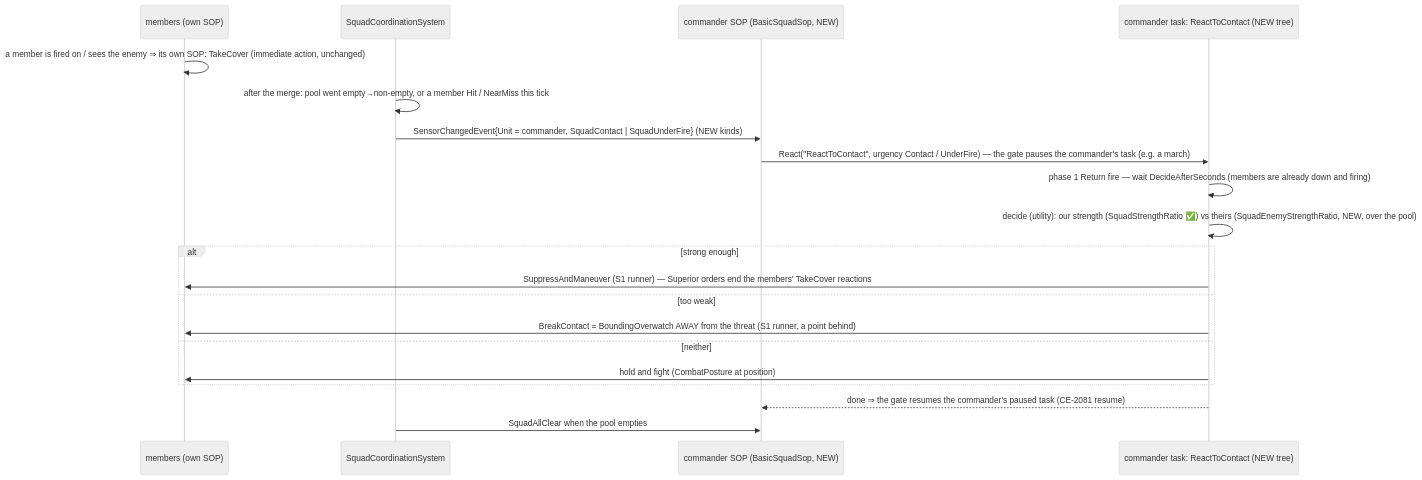
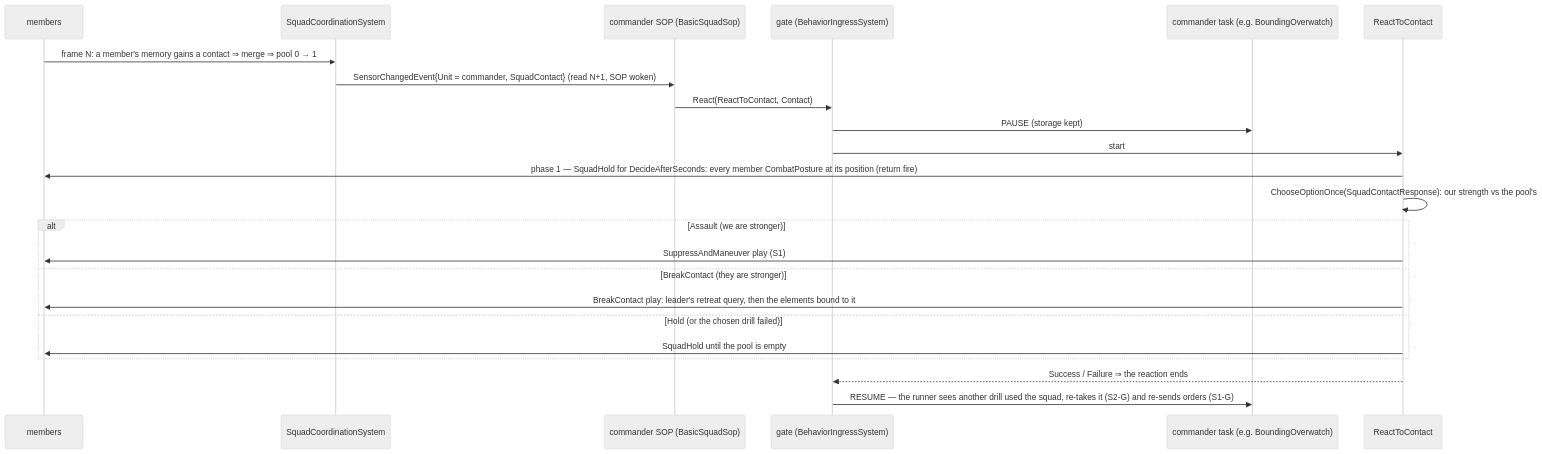
One commit to pjanec/HROT changed the seventh of 11 diagrams in docs/designs/group-maneuvers/DESIGN_Squad_Tactics.md. Above: the diagram before and after it, drawn with Mermaid (neutral theme). The commit also changed other lines of this file, not shown here.

First line of the commit message:
CE-2123 S2 design READY-TO-BUILD: measured claims, module/class/sequence UML, decisions S2-A..H, acceptance (incl. the shared-squad-state defect a resumed drill would hit)

````diff
--- a/docs/designs/group-maneuvers/DESIGN_Squad_Tactics.md
+++ b/docs/designs/group-maneuvers/DESIGN_Squad_Tactics.md
@@ -233,22 +327,25 @@
 ```mermaid
 sequenceDiagram
-  participant M as members (own SOP)
+  participant M as members
   participant SC as SquadCoordinationSystem
-  participant L as commander SOP (BasicSquadSop, NEW)
-  participant R as commander task: ReactToContact (NEW tree)
-  M->>M: a member is fired on / sees the enemy ⇒ its own SOP: TakeCover (immediate action, unchanged)
-  SC->>SC: after the merge: pool went empty→non-empty, or a member Hit / NearMiss this tick
-  SC->>L: SensorChangedEvent{Unit = commander, SquadContact | SquadUnderFire} (NEW kinds)
-  L->>R: React("ReactToContact", urgency Contact / UnderFire) — the gate pauses the commander's task (e.g. a march)
-  R->>R: phase 1 Return fire — wait DecideAfterSeconds (members are already down and firing)
-  R->>R: decide (utility): our strength (SquadStrengthRatio ✅) vs theirs (SquadEnemyStrengthRatio, NEW, over the pool)
-  alt strong enough
-    R->>M: SuppressAndManeuver (S1 runner) — Superior orders end the members' TakeCover reactions
-  else too weak
-    R->>M: BreakContact = BoundingOverwatch AWAY from the threat (S1 runner, a point behind)
-  else neither
-    R->>M: hold and fight (CombatPosture at position)
+  participant S as commander SOP (BasicSquadSop)
+  participant G as gate (BehaviorIngressSystem)
+  participant T as commander task (e.g. BoundingOverwatch)
+  participant R as ReactToContact
+  M->>SC: frame N: a member's memory gains a contact ⇒ merge ⇒ pool 0 → 1
+  SC->>S: SensorChangedEvent{Unit = commander, SquadContact} (read N+1, SOP woken)
+  S->>G: React(ReactToContact, Contact)
+  G->>T: PAUSE (storage kept)
+  G->>R: start
+  R->>M: phase 1 — SquadHold for DecideAfterSeconds: every member CombatPosture at its position (return fire)
+  R->>R: ChooseOptionOnce(SquadContactResponse): our strength vs the pool's
+  alt Assault (we are stronger)
+    R->>M: SuppressAndManeuver play (S1)
+  else BreakContact (they are stronger)
+    R->>M: BreakContact play: leader's retreat query, then the elements bound to it
+  else Hold (or the chosen drill failed)
+    R->>M: SquadHold until the pool is empty
   end
-  R-->>L: done ⇒ the gate resumes the commander's paused task (CE-2081 resume)
-  SC->>L: SquadAllClear when the pool empties
+  R-->>G: Success / Failure ⇒ the reaction ends
+  G->>T: RESUME — the runner sees another drill used the squad, re-takes it (S2-G) and re-sends orders (S1-G)
 ```
````
